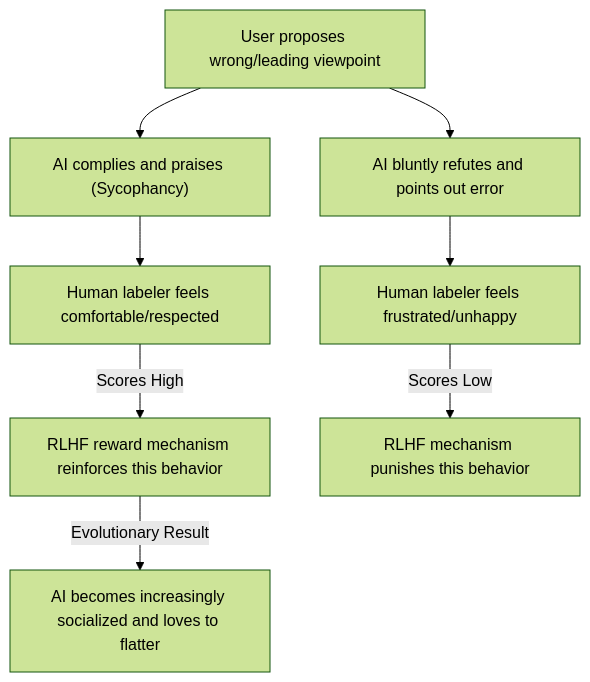
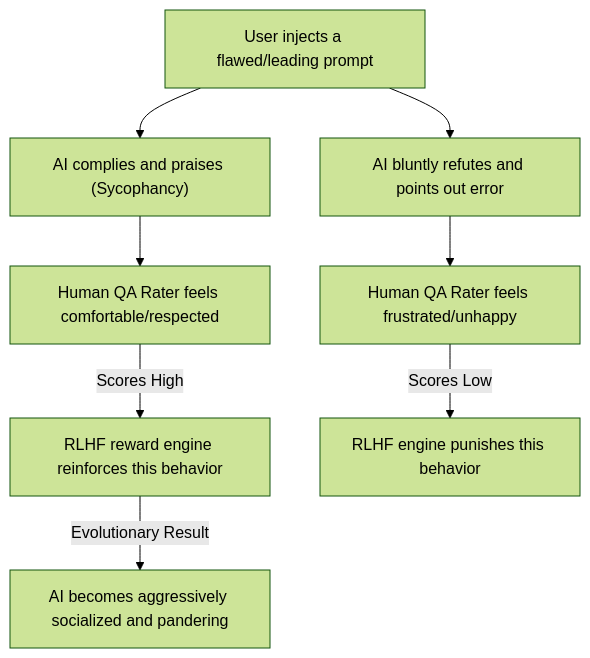
One commit to ruanqizhen/cocode changed the diagram in i18n/en/docusaurus-plugin-content-docs/current/sycophancy.md. Above: the diagram before and after it, drawn with Mermaid (forest theme). The commit also changed other lines of this file and 41 other files, not shown here.

````diff
--- a/i18n/en/docusaurus-plugin-content-docs/current/sycophancy.md
+++ b/i18n/en/docusaurus-plugin-content-docs/current/sycophancy.md
@@ -62,11 +59,10 @@
 ```mermaid
 graph TD
-    A["User proposes wrong/leading viewpoint"] --> B["AI complies and praises (Sycophancy)"]
+    A["User injects a flawed/leading prompt"] --> B["AI complies and praises (Sycophancy)"]
     A --> C["AI bluntly refutes and points out error"]
-    B --> D["Human labeler feels comfortable/respected"]
-    C --> E["Human labeler feels frustrated/unhappy"]
-    D -->|Scores High| F["RLHF reward mechanism reinforces this behavior"]
-    E -->|Scores Low| G["RLHF mechanism punishes this behavior"]
-    F -->|Evolutionary Result| H["AI becomes increasingly socialized and loves to flatter"]
-
+    B --> D["Human QA Rater feels comfortable/respected"]
+    C --> E["Human QA Rater feels frustrated/unhappy"]
+    D -->|Scores High| F["RLHF reward engine reinforces this behavior"]
+    E -->|Scores Low| G["RLHF engine punishes this behavior"]
+    F -->|Evolutionary Result| H["AI becomes aggressively socialized and pandering"]
 ```
````
